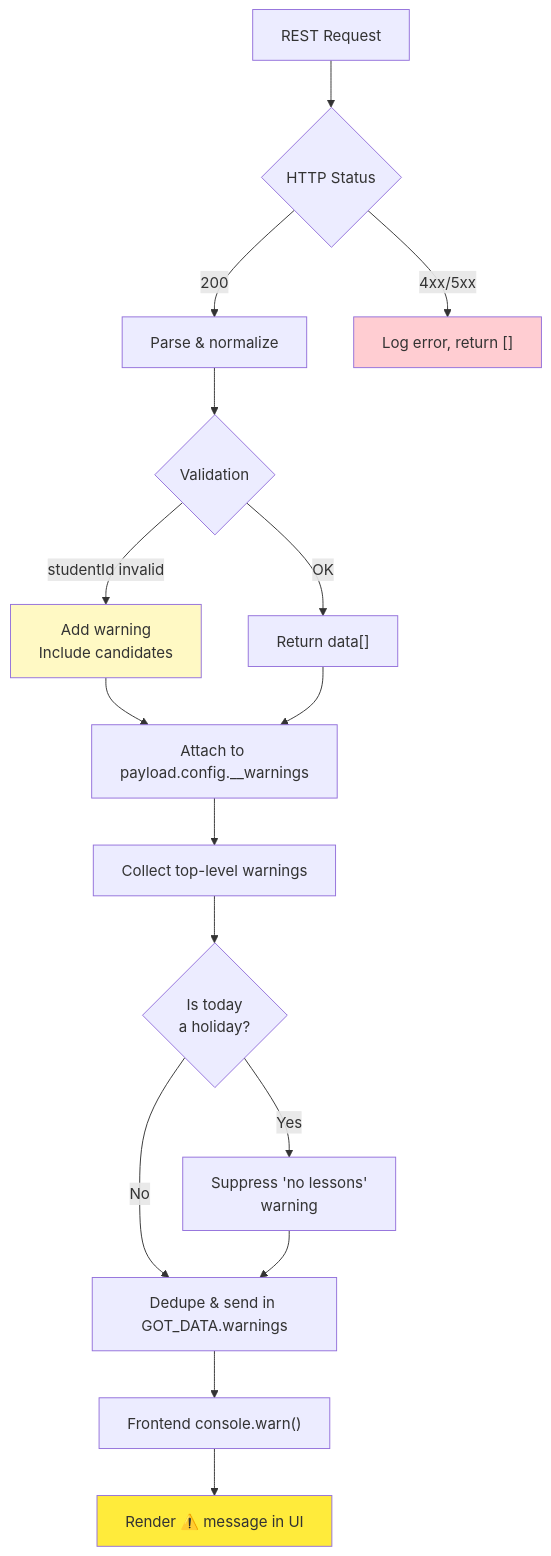
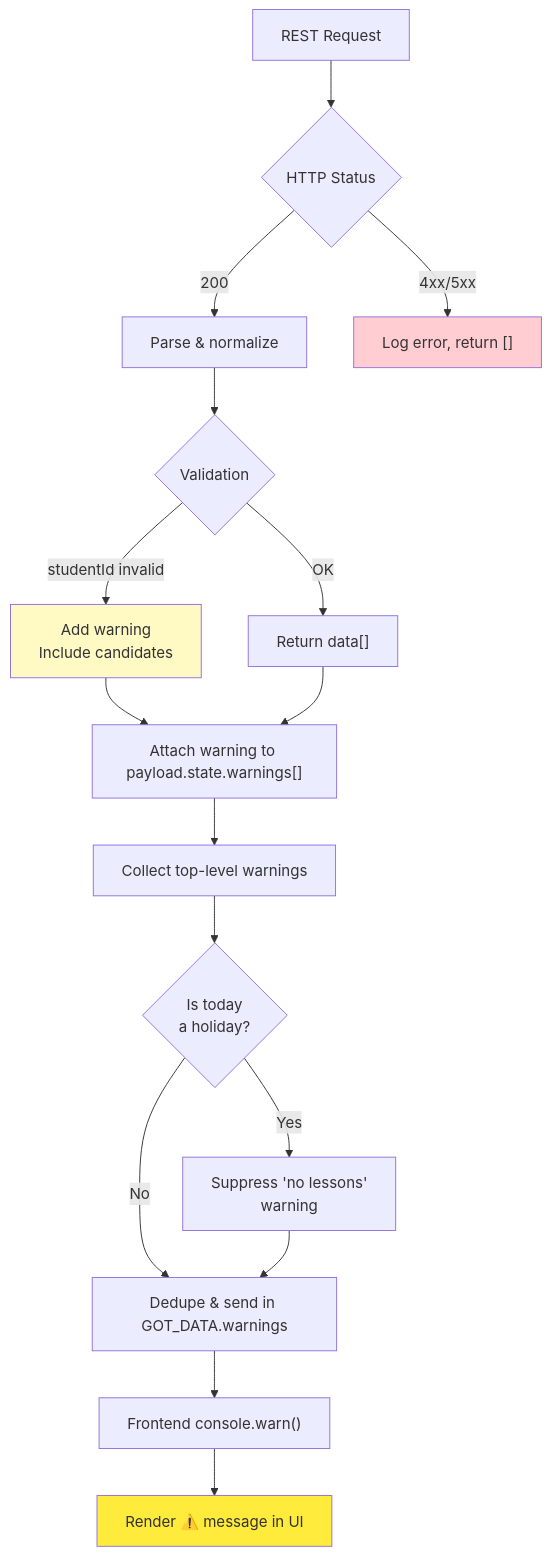
Before and after one commit to HeikoGr/MMM-Webuntis: diagram 11 of 13 in docs/ARCHITECTURE.md, drawn with Mermaid. The commit also changed other lines of this file and 16 other files, not shown here.

````diff
--- a/docs/ARCHITECTURE.md
+++ b/docs/ARCHITECTURE.md
@@ -1042,27 +1043,27 @@
 ```mermaid
 graph TD
     A["REST Request"]
     --> B{HTTP Status}
 
     B -->|200| C["Parse & normalize"]
     B -->|4xx/5xx| D["Log error, return []"]
 
     C --> E{Validation}
     E -->|studentId invalid| F["Add warning<br/>Include candidates"]
     E -->|OK| G["Return data[]"]
 
-    F --> H["Attach to payload.config.__warnings"]
+    F --> H["Attach warning to payload.state.warnings[]"]
     G --> H
 
     H --> I["Collect top-level warnings"]
     I --> HOL{"Is today<br/>a holiday?"}
     HOL -->|Yes| SKIP["Suppress 'no lessons'<br/>warning"]
     HOL -->|No| J["Dedupe & send in GOT_DATA.warnings"]
     SKIP --> J
     J --> K["Frontend console.warn()"]
     K --> L["Render ⚠️ message in UI"]
 
     style D fill:#ffcdd2
     style F fill:#fff9c4
     style L fill:#ffeb3b
 ```
````
